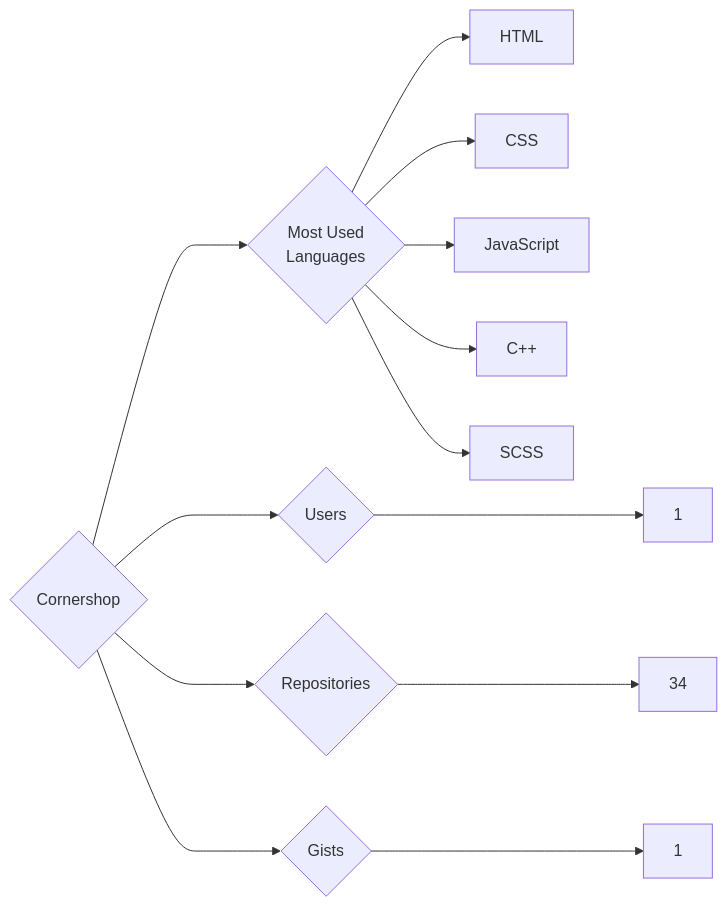
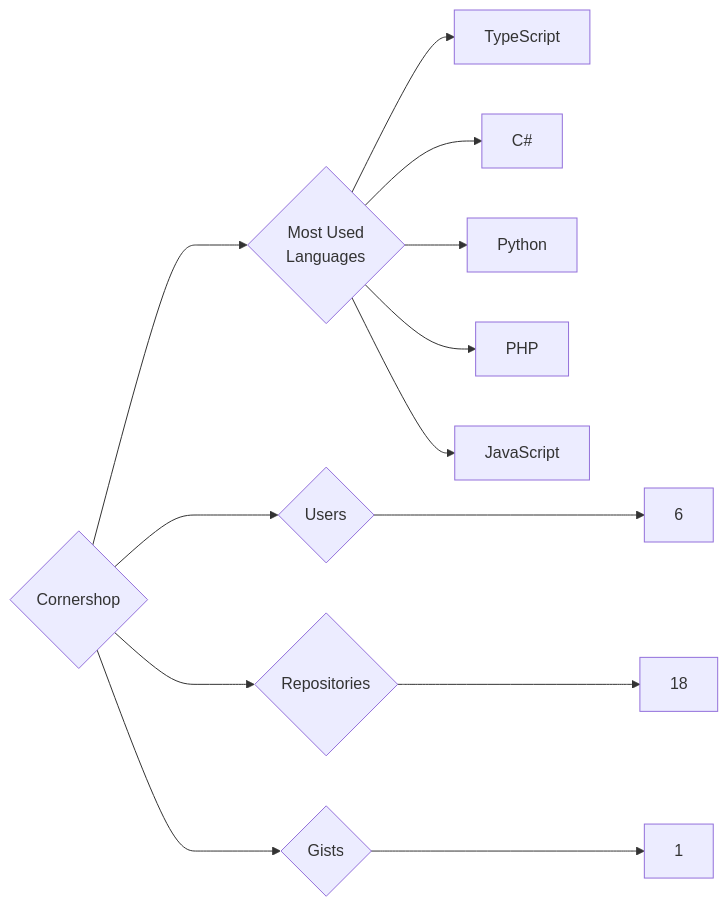
One commit to trickest/insiders changed the diagram in targets/Cornershop/README.md. Above: the diagram before and after it, drawn with Mermaid. The commit also changed 1167 other files, not shown here.

````diff
--- a/targets/Cornershop/README.md
+++ b/targets/Cornershop/README.md
@@ -3,13 +3,13 @@
 ```mermaid
 graph LR
 COMPANY_NAME{Cornershop}
-COMPANY_NAME ---> U{Users} ---> UN[1]
-COMPANY_NAME ---> R{Repositories} ---> RN[34]
+COMPANY_NAME ---> U{Users} ---> UN[6]
+COMPANY_NAME ---> R{Repositories} ---> RN[18]
 COMPANY_NAME ---> G{Gists} ---> GN[1]
 COMPANY_NAME ---> ML{Most Used<br>Languages}
-ML --> HTML[HTML]
-ML --> CSS[CSS]
+ML --> TypeScript[TypeScript]
+ML --> C#[C#]
+ML --> Python[Python]
+ML --> PHP[PHP]
 ML --> JavaScript[JavaScript]
-ML --> C++[C++]
-ML --> SCSS[SCSS]
 ```
````
